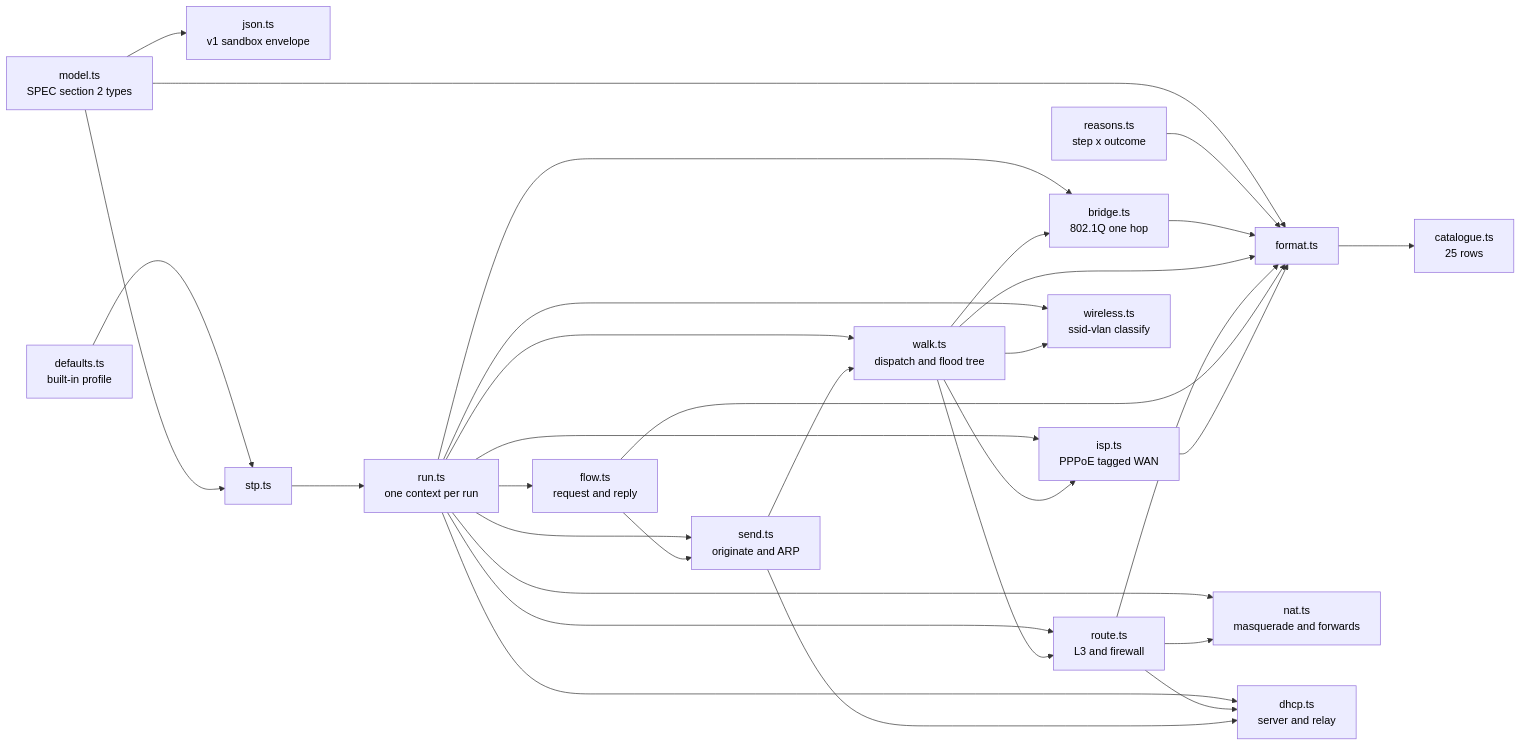
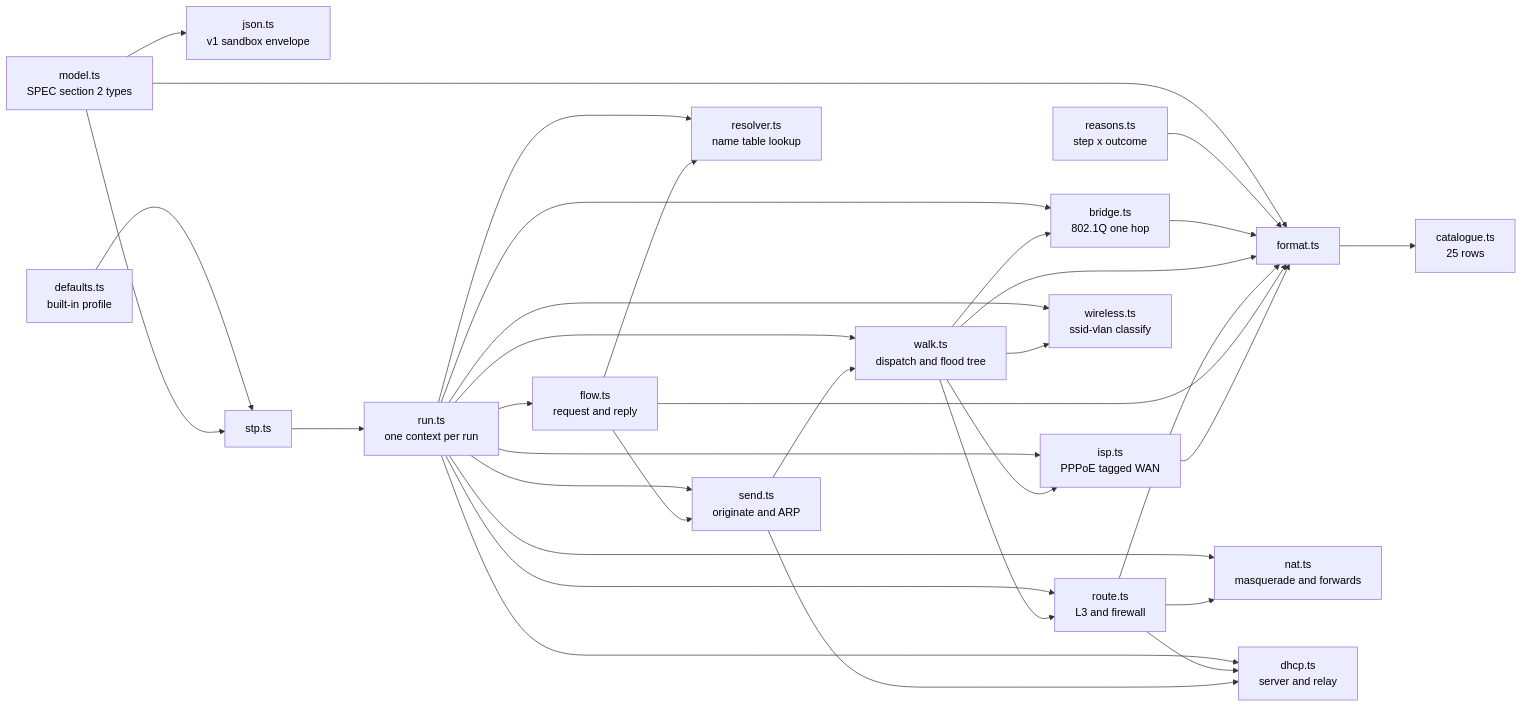
The first of 4 diagrams in docs/architecture.md (alanfong93/network-sandbox), drawn with Mermaid before and after one commit. The commit also changed other lines of this file and 23 other files, not shown here.

First line of the commit message:
feat: resolver function, send-by-name via udp/53 then ICMP (#127)

````diff
--- a/docs/architecture.md
+++ b/docs/architecture.md
@@ -29,50 +29,53 @@
 ```mermaid
 flowchart LR
     M[model.ts<br>SPEC section 2 types] --> F[format.ts]
     M --> J[json.ts<br>v1 sandbox envelope]
     R[reasons.ts<br>step x outcome] --> F
     F --> C[catalogue.ts<br>25 rows]
     D[defaults.ts<br>built-in profile] --> S[stp.ts]
     M --> S
     S --> U[run.ts<br>one context per run]
     U --> B[bridge.ts<br>802.1Q one hop]
     U --> W[walk.ts<br>dispatch and flood tree]
     U --> O[route.ts<br>L3 and firewall]
     U --> NA[nat.ts<br>masquerade and forwards]
     U --> DH[dhcp.ts<br>server and relay]
     U --> ISP[isp.ts<br>PPPoE tagged WAN]
     U --> WL[wireless.ts<br>ssid-vlan classify]
     U --> N[send.ts<br>originate and ARP]
     U --> L[flow.ts<br>request and reply]
+    U --> RS[resolver.ts<br>name table lookup]
     W --> B
     W --> O
     W --> ISP
     W --> WL
     O --> NA
     O --> DH
     N --> W
     N --> DH
     L --> N
+    L --> RS
     B --> F
     W --> F
     O --> F
     L --> F
     ISP --> F
     style M color:#000
     style J color:#000
     style R color:#000
     style F color:#000
     style C color:#000
     style D color:#000
     style S color:#000
     style U color:#000
     style B color:#000
     style W color:#000
     style O color:#000
     style NA color:#000
     style DH color:#000
     style ISP color:#000
     style WL color:#000
     style N color:#000
     style L color:#000
+    style RS color:#000
 ```
````
